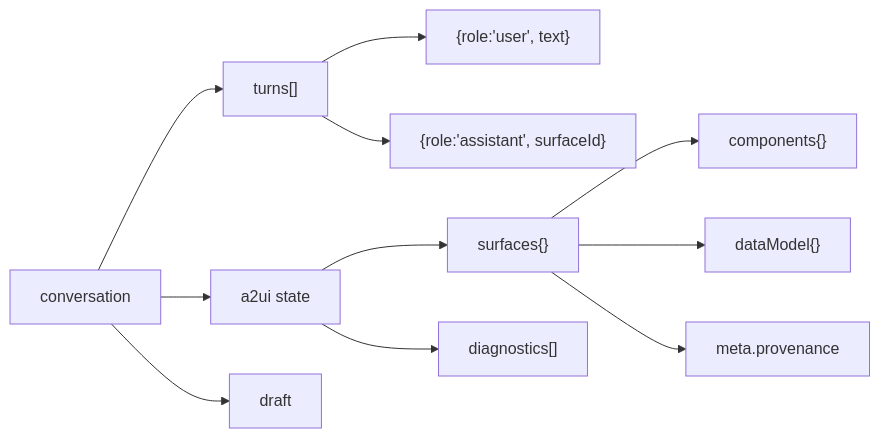
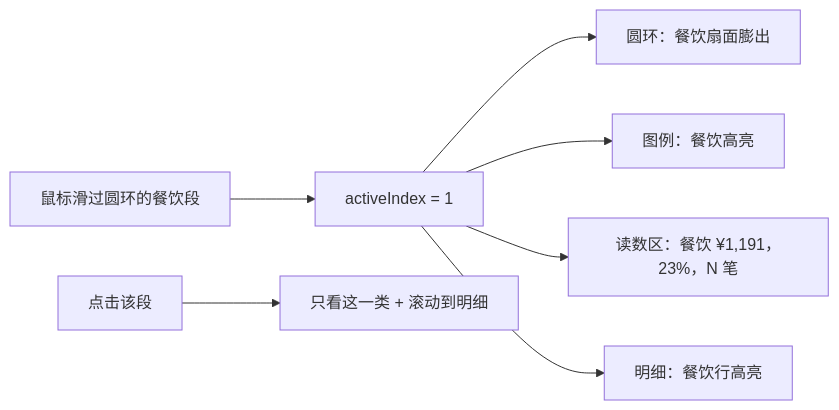
Before and after one commit to weiqing010305-art/bk-agent: diagram 20 of 33 in doc/ARCHITECTURE.md, drawn with Mermaid. The commit also changed other lines of this file and 5 other files, not shown here.

First line of the commit message:
docs: 架构文档全文重写 —— 33 张 Mermaid 渲染图，全部经真实解析器验证

````diff
--- a/doc/ARCHITECTURE.md
+++ b/doc/ARCHITECTURE.md
@@ -337,13 +558,9 @@
 ```mermaid
 flowchart LR
-    C["conversation"] --> T["turns[]"]
-    C --> A["a2ui state"]
-    C --> D["draft"]
-    T --> T1["{role:'user', text}"]
-    T --> T2["{role:'assistant', surfaceId}"]
-    A --> S["surfaces{}"]
-    A --> G["diagnostics[]"]
-    S --> S1["components{}"]
-    S --> S2["dataModel{}"]
-    S --> S3["meta.provenance"]
+    HOVER["鼠标滑过圆环的餐饮段"] --> IDX["activeIndex = 1"]
+    IDX --> A["圆环：餐饮扇面膨出"]
+    IDX --> B["图例：餐饮高亮"]
+    IDX --> C["读数区：餐饮 ¥1,191，23%，N 笔"]
+    IDX --> D["明细：餐饮行高亮"]
+    CLICK["点击该段"] --> PICK["只看这一类 + 滚动到明细"]
 ```
````
